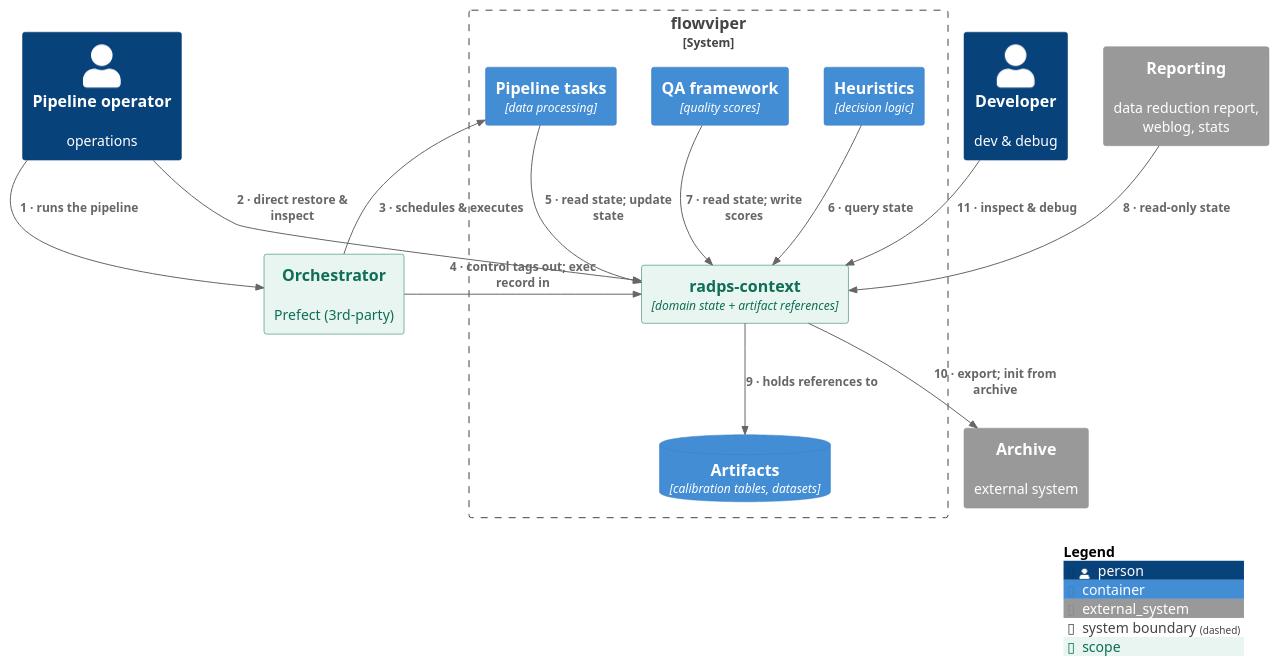
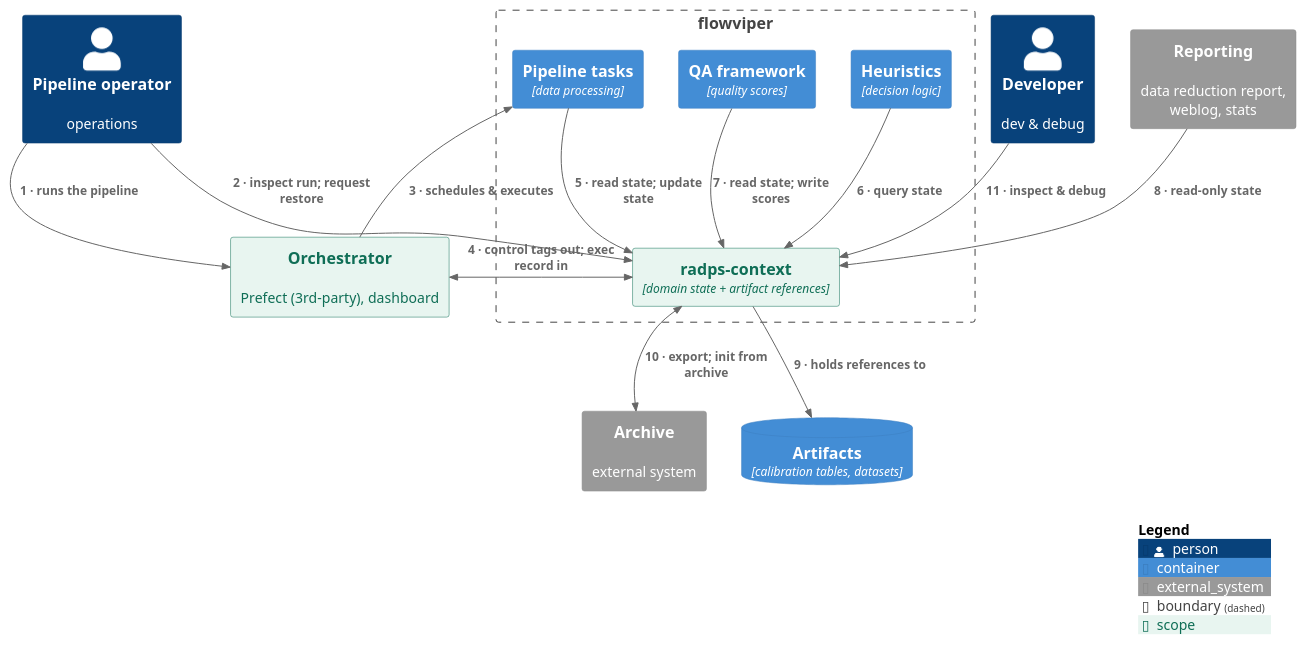
One commit to casangi/radps-context changed the diagram in docs/diagrams/system_context_diagram.puml. Above: the diagram before and after it, drawn with PlantUML. The commit also changed 1 other file, not shown here.

Commit message:
Move Artifacts storage out of flowviper; update context and orchestrator relationships to be bi-directional; update some descriptions for clarity based on feedback.

```diff
--- a/docs/diagrams/system_context_diagram.puml
+++ b/docs/diagrams/system_context_diagram.puml
@@ -1,38 +1,39 @@
 @startuml
 !include https://raw.githubusercontent.com/plantuml-stdlib/C4-PlantUML/master/C4_Container.puml
 
 ' --- tags ---
 AddElementTag("scope", $bgColor="#E8F5F0", $borderColor="#0F6E56", $fontColor="#0F6E56")
 AddElementTag("build", $bgColor="#B8E0D2", $borderColor="#0F6E56")
 
 Person(operator, "Pipeline operator", "operations")
 Person(developer, "Developer", "dev & debug")
 
-System_Ext(orchestrator, "Orchestrator", "Prefect (3rd-party)", $tags="scope")
+System_Ext(orchestrator, "Orchestrator", "Prefect (3rd-party), dashboard", $tags="scope")
 System_Ext(reporting, "Reporting", "data reduction report, weblog, stats")
 System_Ext(archive, "Archive", "external system")
 
-System_Boundary(pipeline, "flowviper") {
+Boundary(pipeline, "flowviper") {
   Container(radps_context, "radps-context", "domain state + artifact references", $tags="scope+build")
   Container(tasks, "Pipeline tasks", "data processing")
   Container(heuristics, "Heuristics", "decision logic")
   Container(qa, "QA framework", "quality scores")
-  ContainerDb(artifacts, "Artifacts", "calibration tables, datasets")
 }
+ContainerDb(artifacts, "Artifacts", "calibration tables, datasets")
+
 
 '--- relationships ---
 Rel(operator, orchestrator, "1 · runs the pipeline")
-Rel(operator, radps_context, "2 · direct restore & inspect")
+Rel(operator, radps_context, "2 · inspect run; request restore")
 Rel(orchestrator, tasks, "3 · schedules & executes")
-Rel_U(orchestrator, radps_context, "4 · control tags out; exec record in")
+BiRel_U(orchestrator, radps_context, "4 · control tags out; exec record in")
 Rel(tasks, radps_context, "5 · read state; update state")
 Rel(heuristics, radps_context, "6 · query state")
 Rel(qa, radps_context, "7 · read state; write scores")
 Rel(reporting, radps_context, "8 · read-only state")
 Rel(radps_context, artifacts, "9 · holds references to")
-Rel(radps_context, archive, "10 · export; init from archive")
+BiRel(radps_context, archive, "10 · export; init from archive")
 Rel(developer, radps_context, "11 · inspect & debug")
 
 SHOW_LEGEND()
 
 @enduml
```
